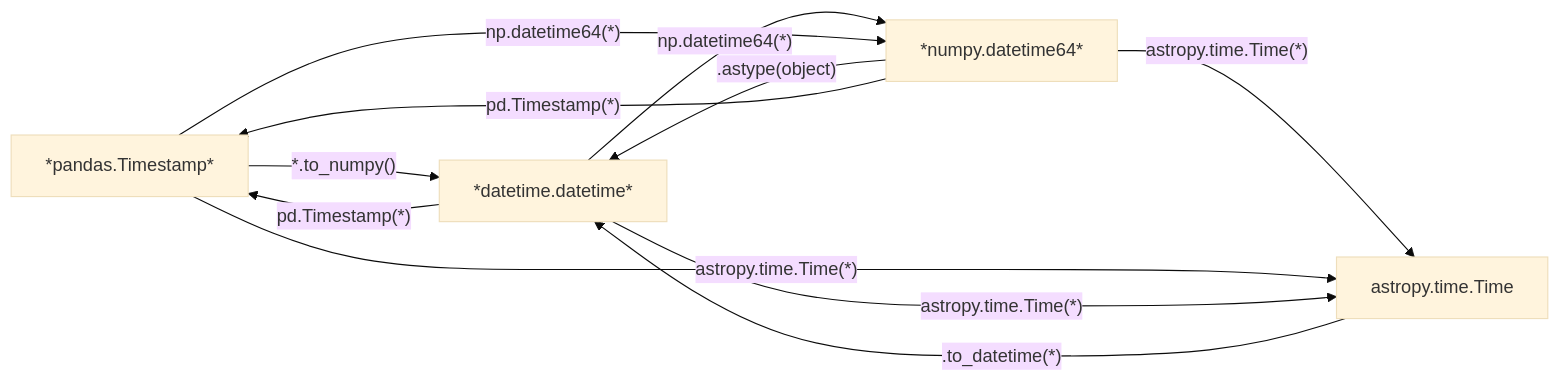
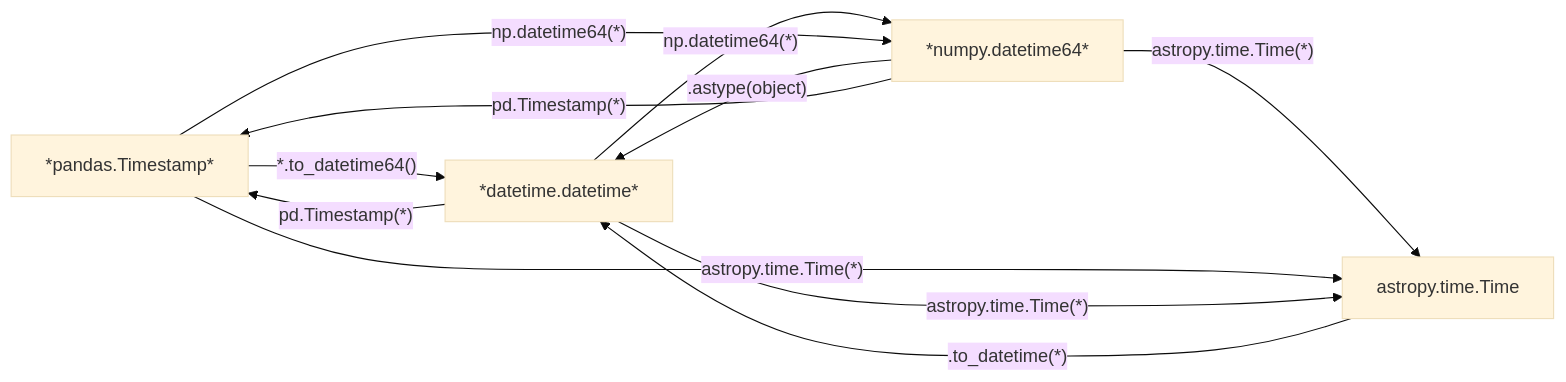
The diagram in docs/chap1.md (jiutongzhao/Time-Series-Data-Analysis), drawn with Mermaid before and after one commit. The commit also changed other lines of this file and 14 other files, not shown here.

````diff
--- a/docs/chap1.md
+++ b/docs/chap1.md
@@ -98,16 +174,16 @@
     ```mermaid
     ---
     config:
       theme: 'base'
     ---
     
     flowchart LR
-    A[*pandas.Timestamp*] --*.to_numpy()--> B[*datetime.datetime*] --np.datetime64(*)--> C[*numpy.datetime64*] --astropy.time.Time(*)--> D[astropy.time.Time]
+    A[*pandas.Timestamp*] --*.to_datetime64()--> B[*datetime.datetime*] --np.datetime64(*)--> C[*numpy.datetime64*] --astropy.time.Time(*)--> D[astropy.time.Time]
     B --pd.Timestamp(*)--> A
     C --.astype(object)--> B
     A --astropy.time.Time(*)--> D
     B --astropy.time.Time(*)--> D
     D --.to_datetime(*)--> B
     A --np.datetime64(*)--> C
     C --pd.Timestamp(*)--> A
     ```
````
